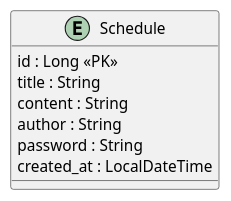
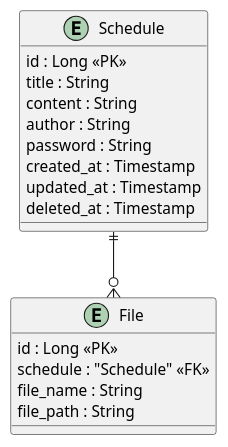
One commit to lis0517/schedule-management changed the diagram in schedule-management.puml. Above: the diagram before and after it, drawn with PlantUML.

Commit message:
update puml

```diff
--- a/schedule-management.puml
+++ b/schedule-management.puml
@@ -1,10 +1,21 @@
 @startuml
 entity "Schedule" {
     id : Long <<PK>>
     title : String
     content : String
     author : String
     password : String
-    created_at : LocalDateTime
+    created_at : Timestamp
+    updated_at : Timestamp
+    deleted_at : Timestamp
 }
+
+entity "File" {
+    id : Long <<PK>>
+    schedule : "Schedule" <<FK>>
+    file_name : String
+    file_path : String
+}
+
+Schedule ||--o{ File
 @enduml
```
